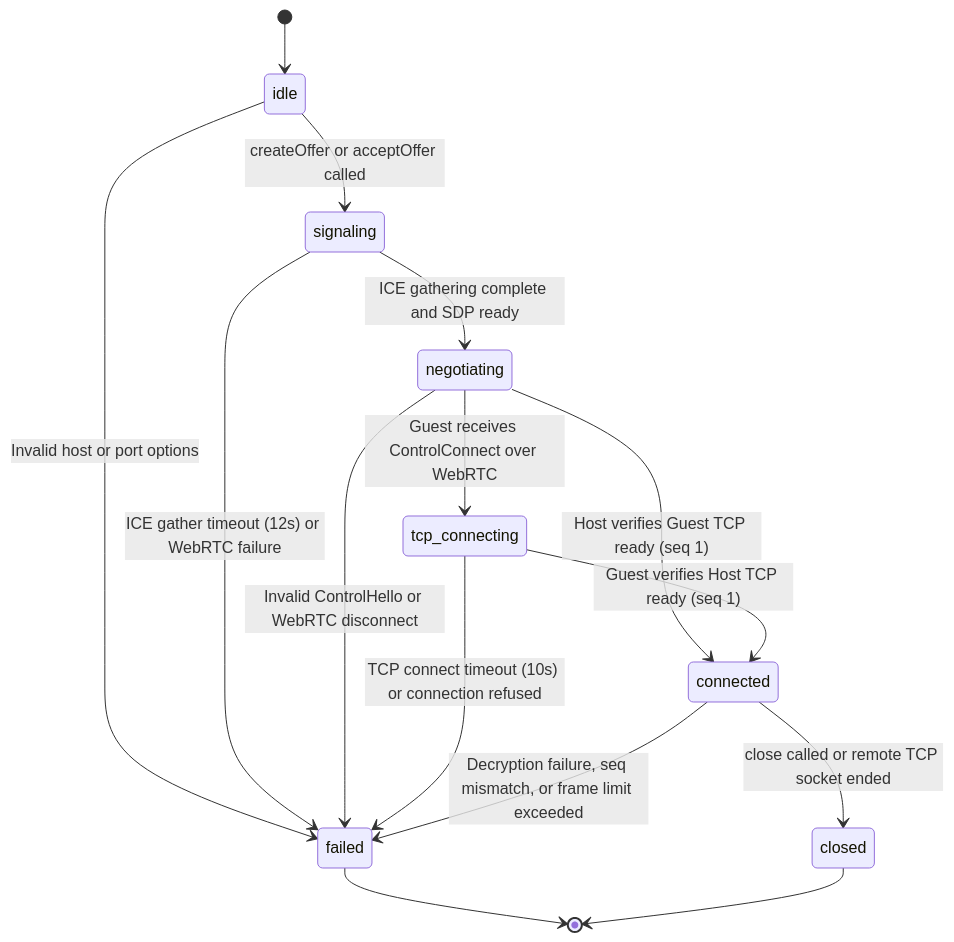
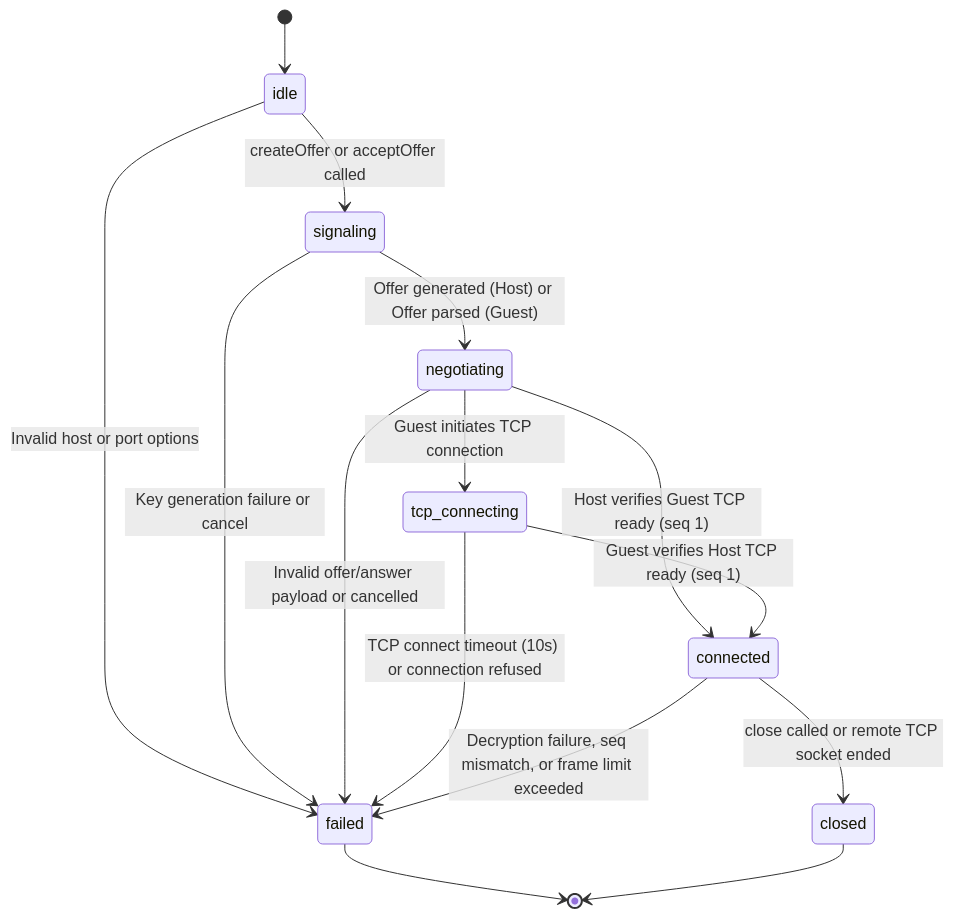
Before and after one commit to harbouli/fprot: the fifth of 6 diagrams in docs/HOW_IT_WORKS.md, drawn with Mermaid. The commit also changed other lines of this file and 26 other files, not shown here.

````diff
--- a/docs/HOW_IT_WORKS.md
+++ b/docs/HOW_IT_WORKS.md
@@ -346,17 +329,17 @@
 ```mermaid
 stateDiagram-v2
     [*] --> idle
     idle --> signaling : createOffer or acceptOffer called
-    signaling --> negotiating : ICE gathering complete and SDP ready
-    negotiating --> tcp_connecting : Guest receives ControlConnect over WebRTC
+    signaling --> negotiating : Offer generated (Host) or Offer parsed (Guest)
+    negotiating --> tcp_connecting : Guest initiates TCP connection
     negotiating --> connected : Host verifies Guest TCP ready (seq 1)
     tcp_connecting --> connected : Guest verifies Host TCP ready (seq 1)
     connected --> closed : close called or remote TCP socket ended
     idle --> failed : Invalid host or port options
-    signaling --> failed : ICE gather timeout (12s) or WebRTC failure
-    negotiating --> failed : Invalid ControlHello or WebRTC disconnect
+    signaling --> failed : Key generation failure or cancel
+    negotiating --> failed : Invalid offer/answer payload or cancelled
     tcp_connecting --> failed : TCP connect timeout (10s) or connection refused
     connected --> failed : Decryption failure, seq mismatch, or frame limit exceeded
     failed --> [*]
     closed --> [*]
 ```
````
